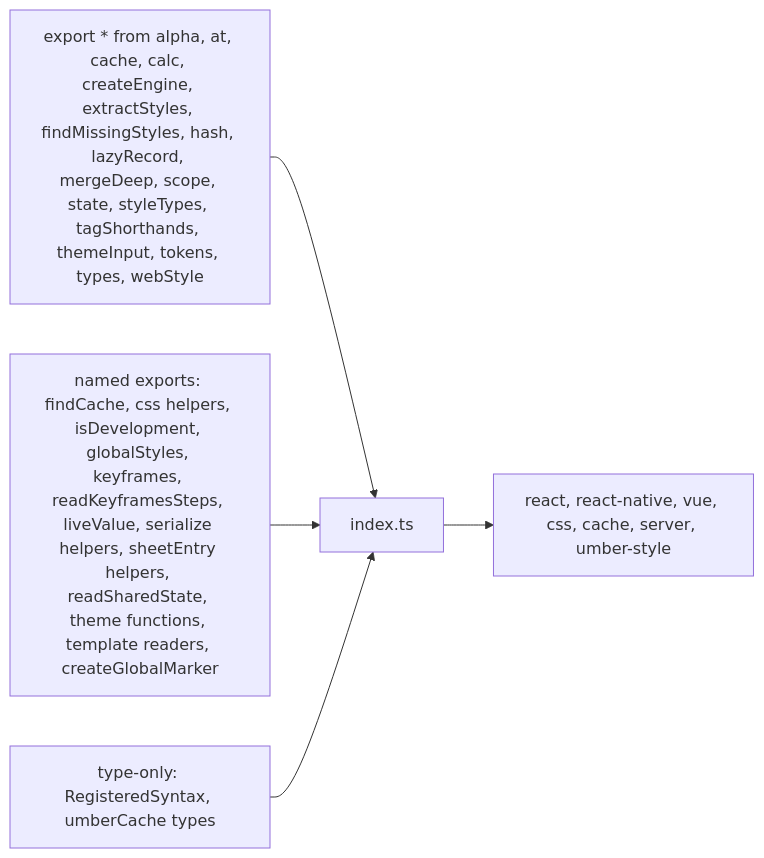
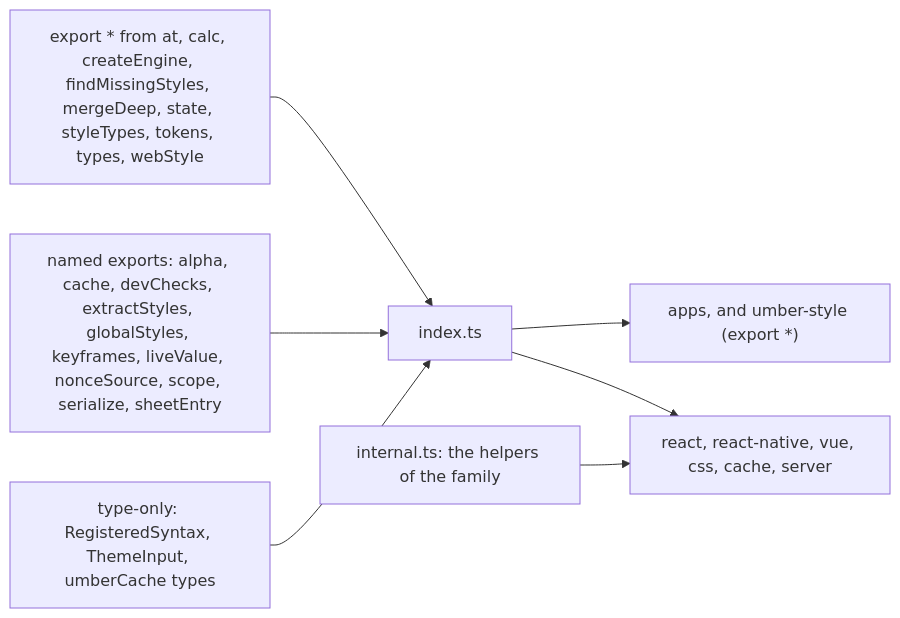
The diagram in packages/core/src/index.md (soroush-tech/umber-style), drawn with Mermaid before and after one commit. The commit also changed other lines of this file and 73 other files, not shown here.

Commit message:
refactor(core): the helpers only the bindings use move from the main entry to @umber-style/core/internal - close #79

````diff
--- a/packages/core/src/index.md
+++ b/packages/core/src/index.md
@@ -19,10 +23,12 @@
 ```mermaid
 flowchart LR
-  whole["export * from alpha, at, cache, calc, createEngine, extractStyles, findMissingStyles, hash, lazyRecord, mergeDeep, scope, state, styleTypes, tagShorthands, themeInput, tokens, types, webStyle"]
-  named["named exports: findCache, css helpers, isDevelopment, globalStyles, keyframes, readKeyframesSteps, liveValue, serialize helpers, sheetEntry helpers, readSharedState, theme functions, template readers, createGlobalMarker"]
-  types["type-only: RegisteredSyntax, umberCache types"]
+  whole["export * from at, calc, createEngine, findMissingStyles, mergeDeep, state, styleTypes, tokens, types, webStyle"]
+  named["named exports: alpha, cache, devChecks, extractStyles, globalStyles, keyframes, liveValue, nonceSource, scope, serialize, sheetEntry"]
+  types["type-only: RegisteredSyntax, ThemeInput, umberCache types"]
   whole --> entry["index.ts"]
   named --> entry
   types --> entry
-  entry --> bindings["react, react-native, vue, css, cache, server, umber-style"]
+  entry --> apps["apps, and umber-style (export *)"]
+  entry --> bindings["react, react-native, vue, css, cache, server"]
+  internal["internal.ts: the helpers of the family"] --> bindings
 ```
````
